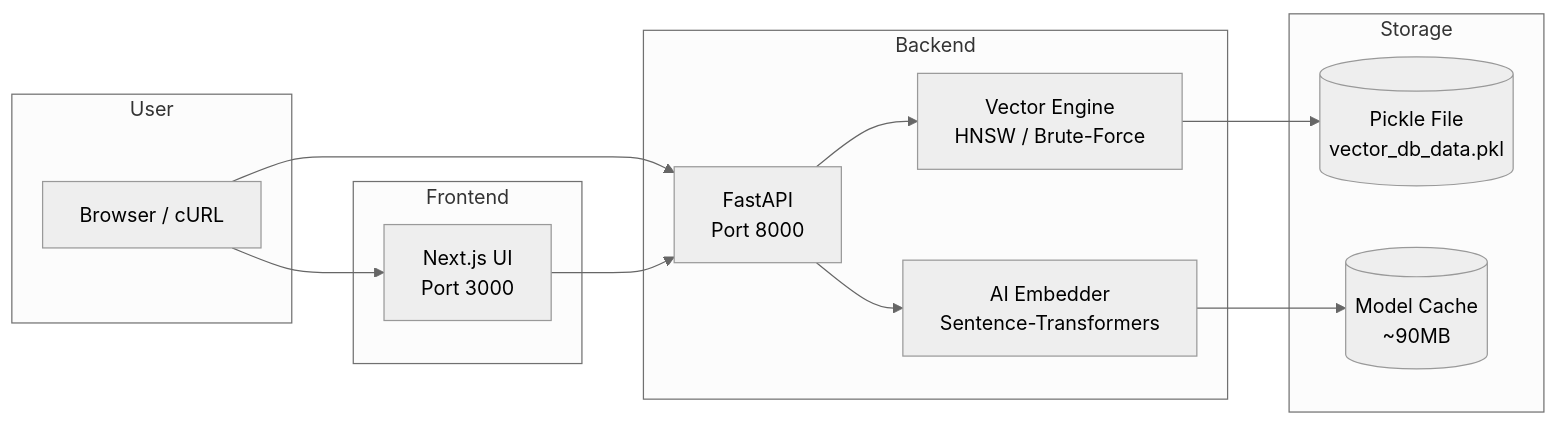
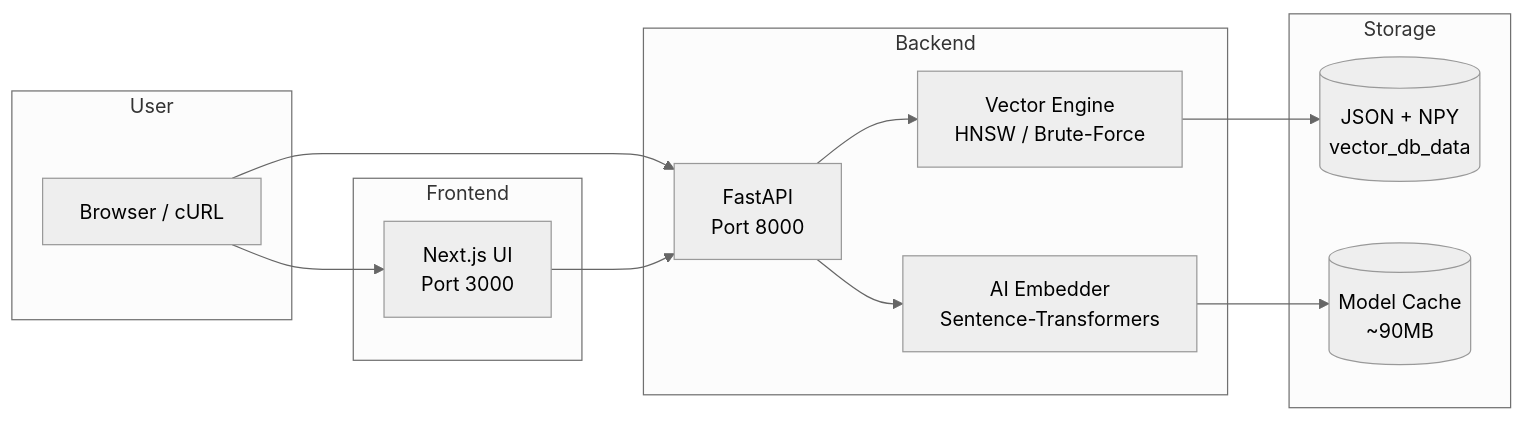
One commit to Sidra-009/vectordb-from-scratch changed the diagram in README.md. Above: the diagram before and after it, drawn with Mermaid (neutral theme). The commit also changed other lines of this file, not shown here.

````diff
--- a/README.md
+++ b/README.md
@@ -110,29 +126,29 @@
 ```mermaid
 graph LR
     subgraph User
         A[Browser / cURL]
     end
 
     subgraph Frontend
         B[Next.js UI<br/>Port 3000]
     end
 
     subgraph Backend
         C[FastAPI<br/>Port 8000]
         D[Vector Engine<br/>HNSW / Brute-Force]
         E[AI Embedder<br/>Sentence-Transformers]
     end
 
     subgraph Storage
-        F[(Pickle File<br/>vector_db_data.pkl)]
+        F[(JSON + NPY<br/>vector_db_data)]
         G[(Model Cache<br/>~90MB)]
     end
 
     A --> B
     A --> C
     B --> C
     C --> D
     C --> E
     D --> F
     E --> G
 ```
````
